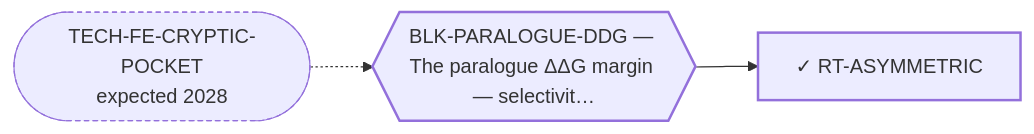
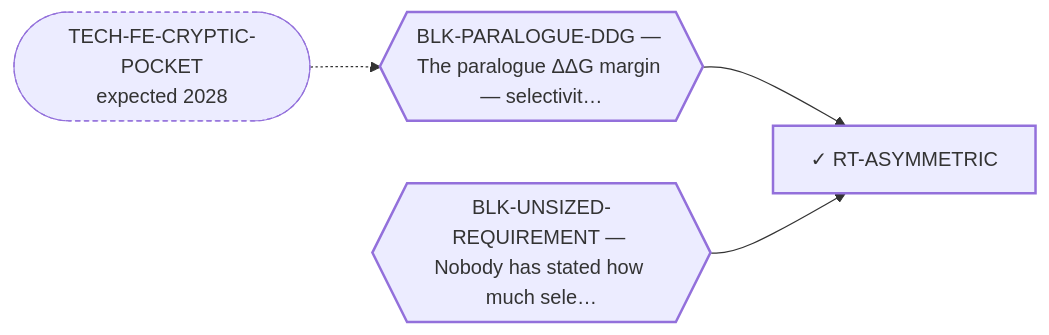
Before and after one commit to trimcrae/Rare-cancers: the diagram in systems/views/L2-rt-asymmetric.md, drawn with Mermaid. The commit also changed other lines of this file and 11 other files, not shown here.

````diff
--- a/systems/views/L2-rt-asymmetric.md
+++ b/systems/views/L2-rt-asymmetric.md
@@ -27,12 +27,14 @@
 ```mermaid
 flowchart LR
   RT_ASYMMETRIC["✓ RT-ASYMMETRIC"]:::fam
   BLK_PARALOGUE_DDG{{"BLK-PARALOGUE-DDG — The paralogue ΔΔG margin — selectivit…"}}:::blk
   BLK_PARALOGUE_DDG --> RT_ASYMMETRIC
   TECH_FE_CRYPTIC_POCKET(["TECH-FE-CRYPTIC-POCKET<br/>expected 2028"]):::tech
   TECH_FE_CRYPTIC_POCKET -.-> BLK_PARALOGUE_DDG
+  BLK_UNSIZED_REQUIREMENT{{"BLK-UNSIZED-REQUIREMENT — Nobody has stated how much sele…"}}:::blk
+  BLK_UNSIZED_REQUIREMENT --> RT_ASYMMETRIC
   classDef fam stroke-width:2px;
   classDef blk stroke-width:2px;
   classDef perm stroke-width:4px;
   classDef tech stroke-width:1px,stroke-dasharray:4 3;
 ```
````
